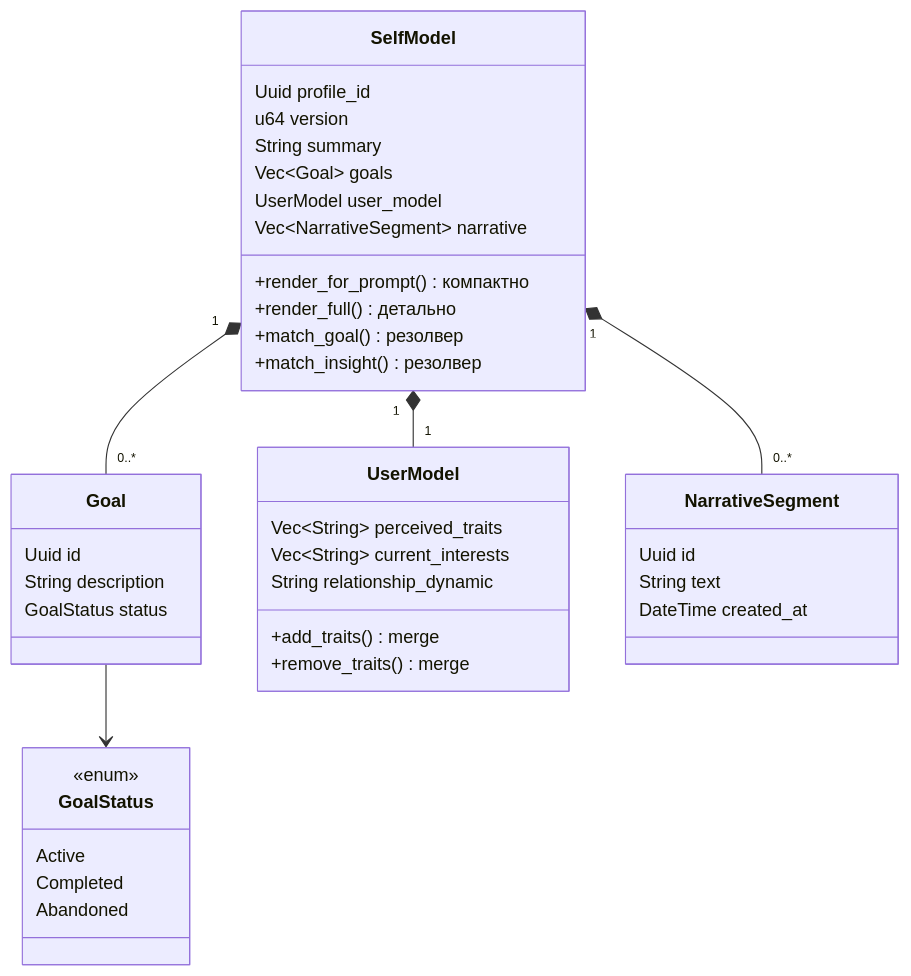
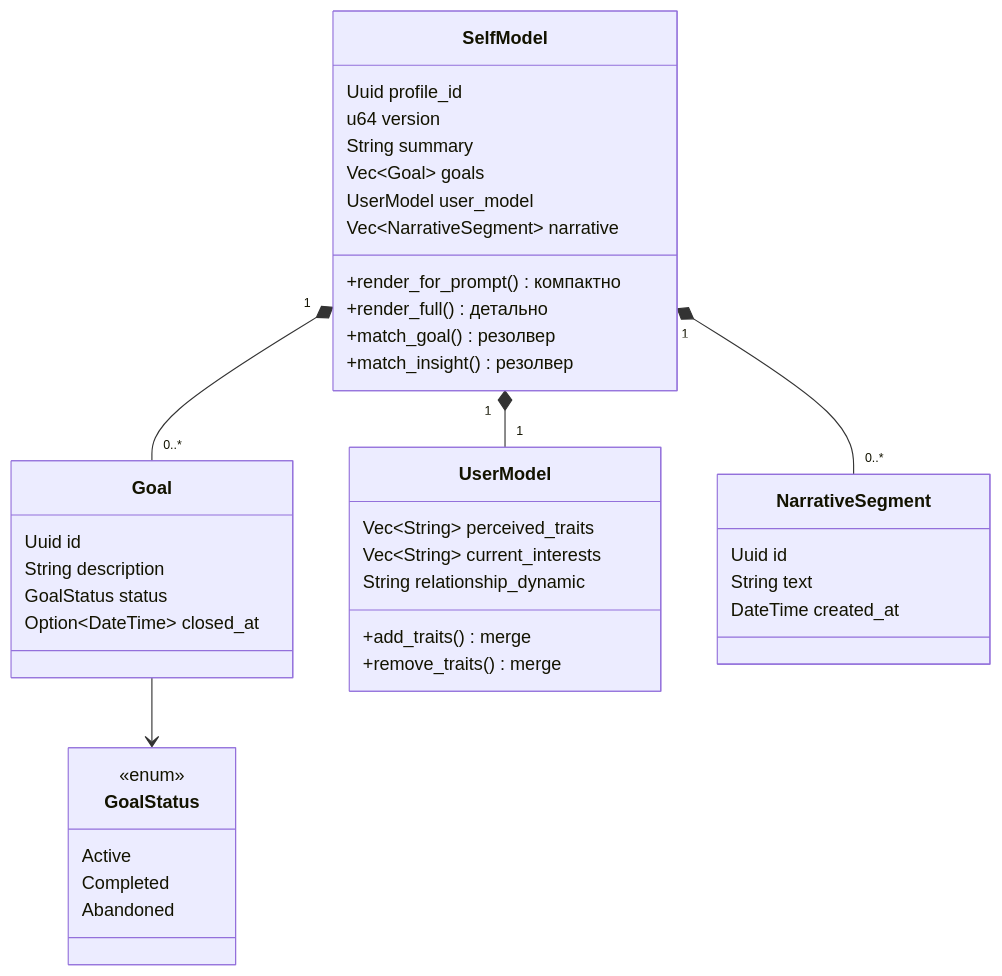
One commit to vshylov/mindfork-rs changed diagram 11 of 17 in docs/architecture.md. Above: the diagram before and after it, drawn with Mermaid. The commit also changed other lines of this file and 8 other files, not shown here.

````diff
--- a/docs/architecture.md
+++ b/docs/architecture.md
@@ -661,42 +661,43 @@
 ```mermaid
 classDiagram
     class SelfModel {
         Uuid profile_id
         u64 version
         String summary
         Vec~Goal~ goals
         UserModel user_model
         Vec~NarrativeSegment~ narrative
         +render_for_prompt() компактно
         +render_full() детально
         +match_goal() резолвер
         +match_insight() резолвер
     }
     class Goal {
         Uuid id
         String description
         GoalStatus status
+        Option~DateTime~ closed_at
     }
     class GoalStatus {
         <<enum>>
         Active
         Completed
         Abandoned
     }
     class UserModel {
         Vec~String~ perceived_traits
         Vec~String~ current_interests
         String relationship_dynamic
         +add_traits() merge
         +remove_traits() merge
     }
     class NarrativeSegment {
         Uuid id
         String text
         DateTime created_at
     }
     SelfModel "1" *-- "0..*" Goal
     SelfModel "1" *-- "1" UserModel
     SelfModel "1" *-- "0..*" NarrativeSegment
     Goal --> GoalStatus
 ```
````
